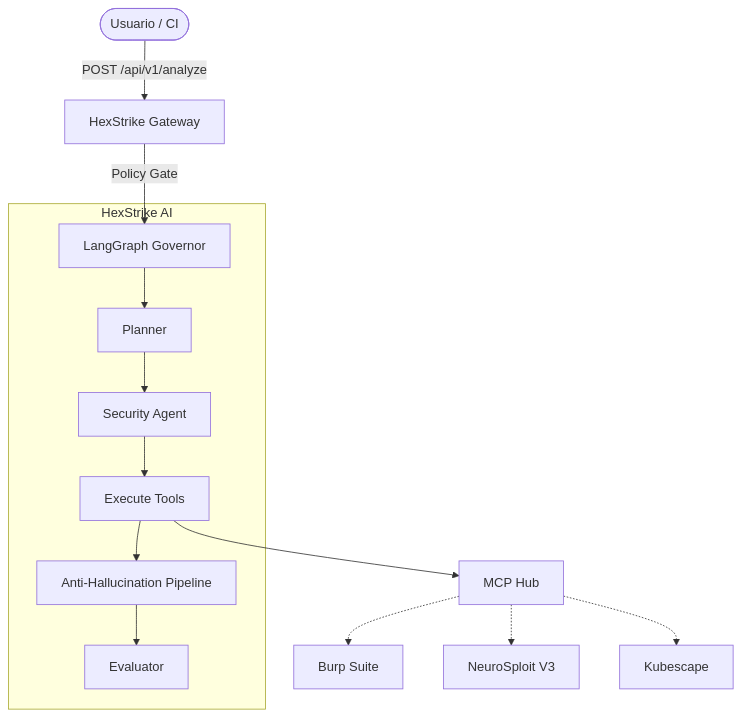
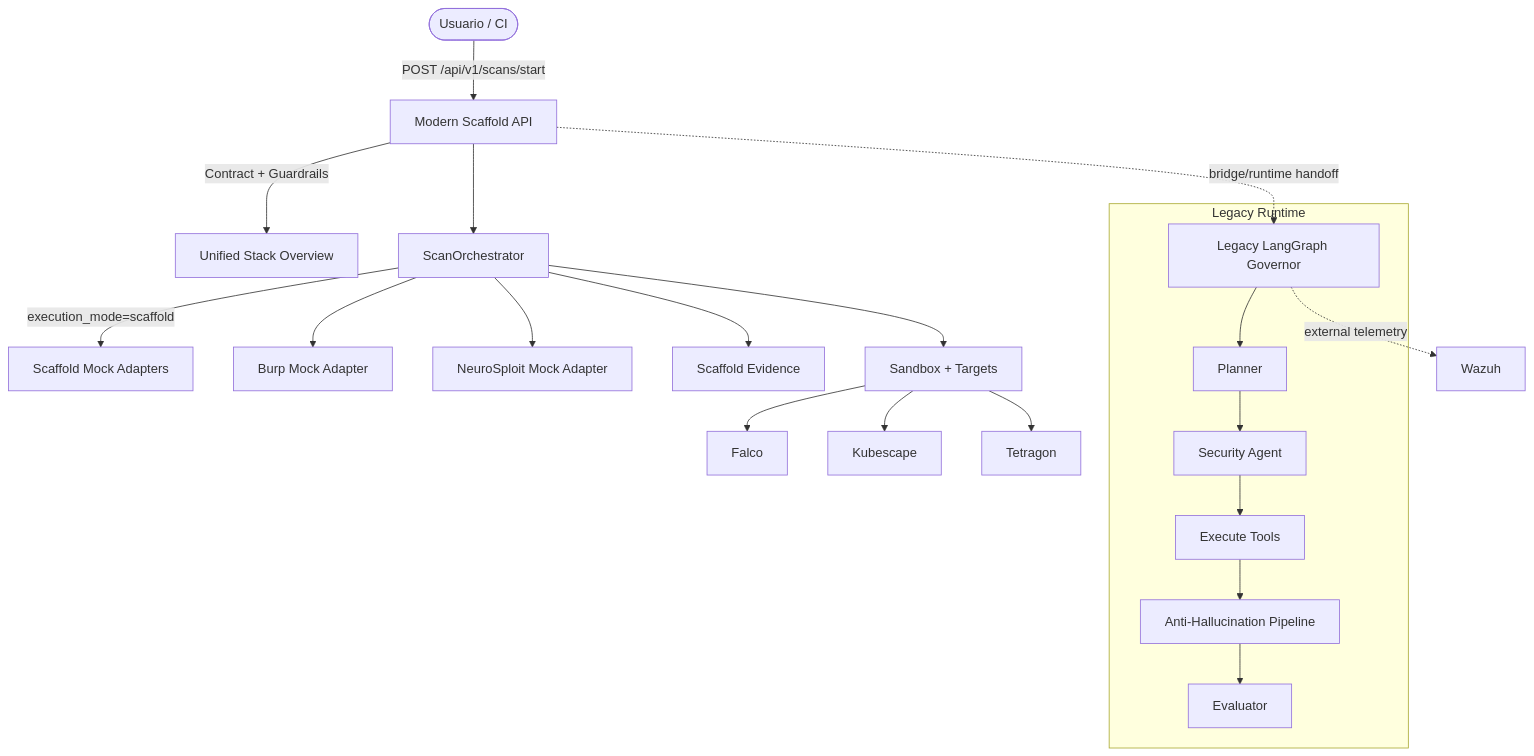
One commit to rubences/laboratorio-controlado-de-ciberseguridad-cloud-native-con-IA changed the diagram in WALKTHROUGH.md. Above: the diagram before and after it, drawn with Mermaid. The commit also changed other lines of this file and 18 other files, not shown here.

First line of the commit message:
Add legacy bridge and runtime compatibility

````diff
--- a/WALKTHROUGH.md
+++ b/WALKTHROUGH.md
@@ -67,18 +78,26 @@
 ```mermaid
 graph TD
-    User([Usuario / CI]) -->|POST /api/v1/analyze| API[HexStrike Gateway]
-    API -->|Policy Gate| LG[LangGraph Governor]
-    
-    subgraph HexStrike AI
+    User([Usuario / CI]) -->|POST /api/v1/scans/start| API[Modern Scaffold API]
+    API -->|Contract + Guardrails| PROFILE[Unified Stack Overview]
+    API --> ORCH[ScanOrchestrator]
+    ORCH -->|execution_mode=scaffold| MOCK[Scaffold Mock Adapters]
+    API -. bridge/runtime handoff .-> LG[Legacy LangGraph Governor]
+
+    ORCH --> BURP[Burp Mock Adapter]
+    ORCH --> NEURO[NeuroSploit Mock Adapter]
+    ORCH --> EVIDENCE[Scaffold Evidence]
+
+    subgraph Legacy Runtime
         LG --> P[Planner]
         P --> SA[Security Agent]
         SA --> EXE[Execute Tools]
         EXE --> AH[Anti-Hallucination Pipeline]
         AH --> EVAL[Evaluator]
     end
 
-    EXE --> MCP[MCP Hub]
-    MCP -.-> Burp[Burp Suite]
-    MCP -.-> NS[NeuroSploit V3]
-    MCP -.-> KS[Kubescape]
+    ORCH --> K8S[Sandbox + Targets]
+    K8S --> FALCO[Falco]
+    K8S --> KUBESCAPE[Kubescape]
+    K8S --> TETRAGON[Tetragon]
+    LG -. external telemetry .-> WAZUH[Wazuh]
 ```
````
